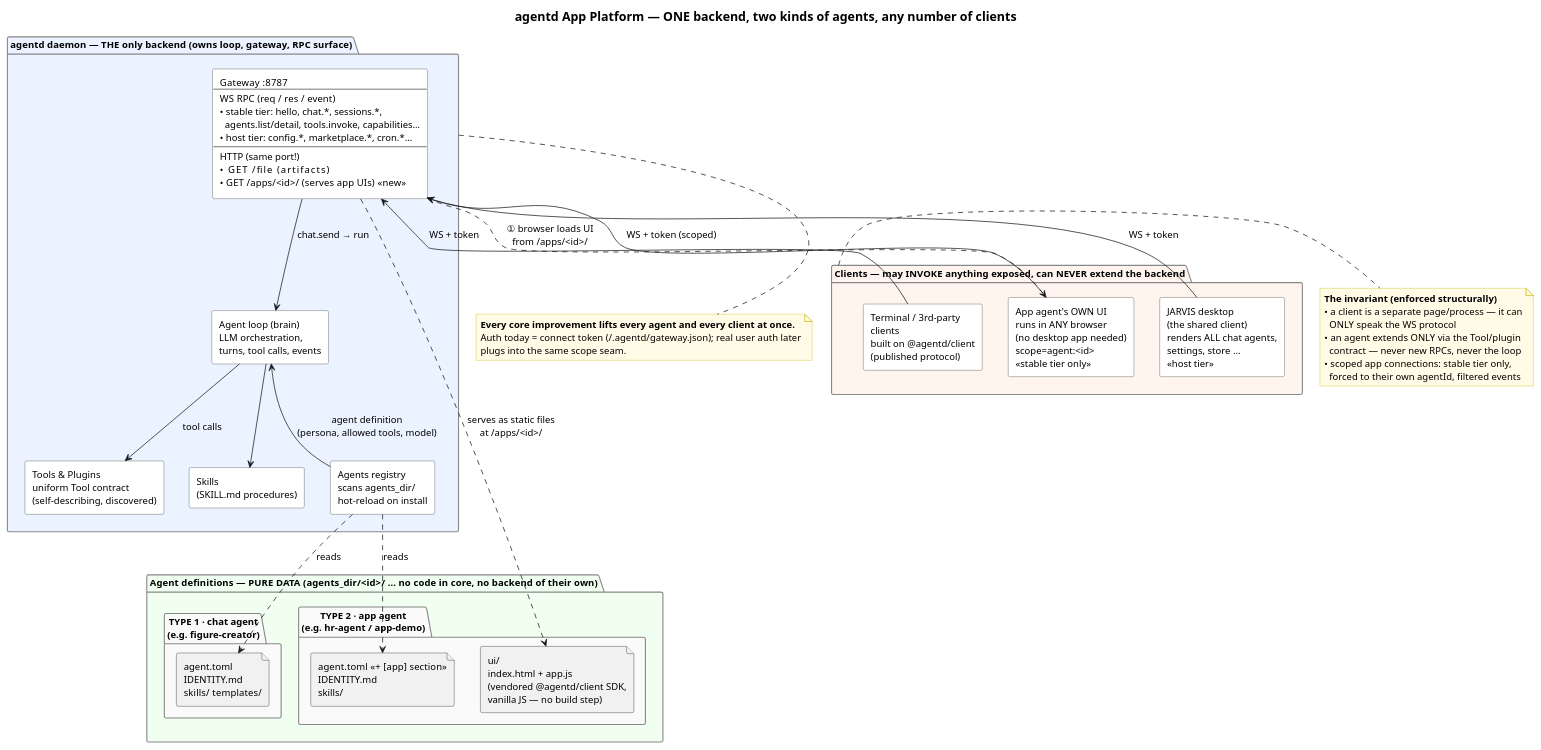
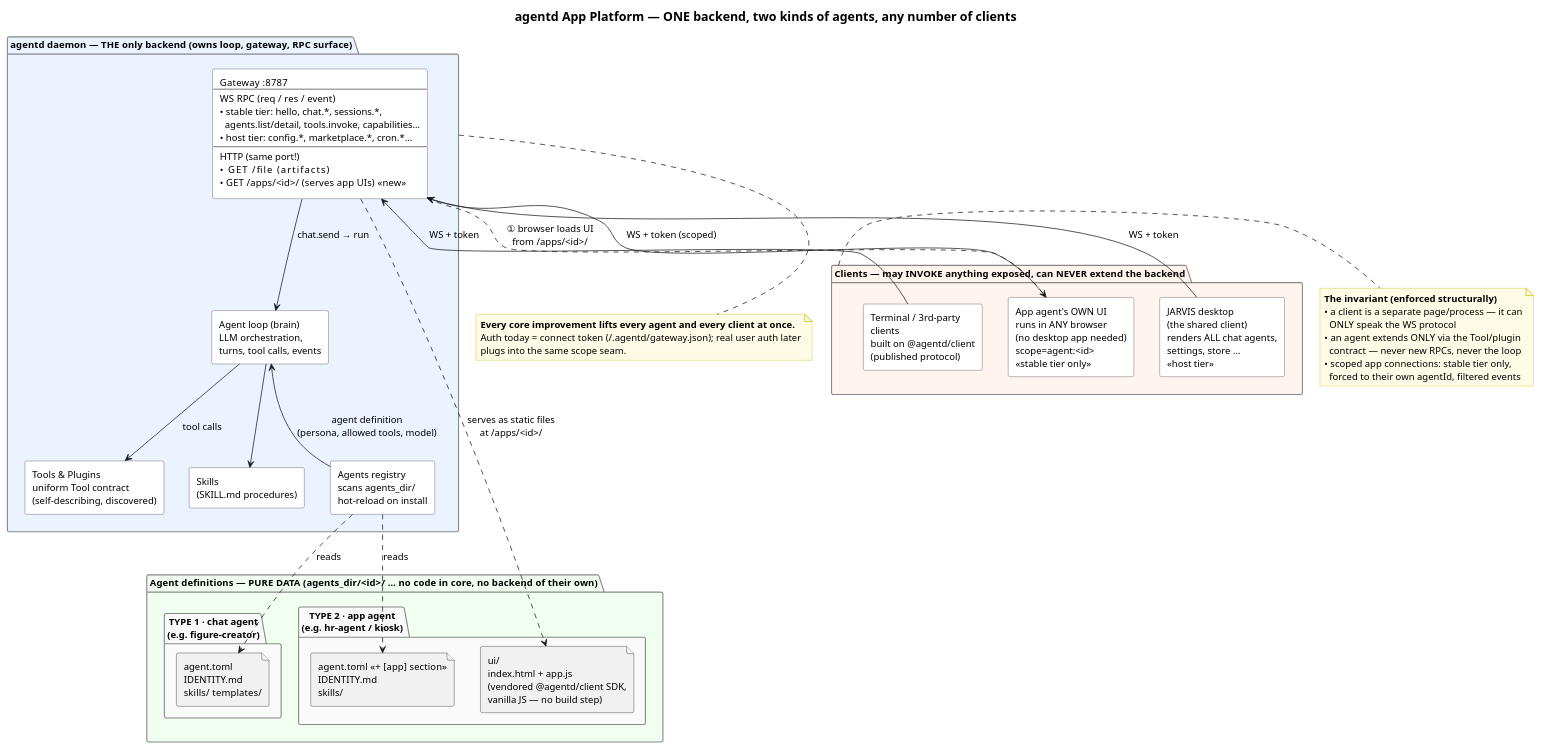
Before and after one commit to SaptarshiMazumder/pc-agent: the first of 3 diagrams in v2/planning/platform/diagrams/agent-apps-platform.puml, drawn with PlantUML. The commit also changed 44 other files, not shown here.

```diff
--- a/v2/planning/platform/diagrams/agent-apps-platform.puml
+++ b/v2/planning/platform/diagrams/agent-apps-platform.puml
@@ -1,78 +1,78 @@
 @startuml agent-apps-architecture
 title agentd App Platform — ONE backend, two kinds of agents, any number of clients
 
 skinparam shadowing false
 skinparam componentStyle rectangle
 skinparam defaultFontName Segoe UI
 skinparam defaultFontSize 13
 skinparam TitleFontSize 17
 skinparam rectangle {
   BackgroundColor White
   BorderColor #444444
 }
 skinparam package {
   BackgroundColor #FAFAFA
   BorderColor #888888
 }
 skinparam note {
   BackgroundColor #FFFBE6
   BorderColor #C8B900
 }
 
 ' ============================ THE ONE BACKEND ============================
 package "agentd daemon  —  THE only backend (owns loop, gateway, RPC surface)" as CORE #EAF3FF {
   rectangle "Gateway  :8787\n--\nWS RPC  (req / res / event)\n• stable tier: hello, chat.*, sessions.*,\n  agents.list/detail, tools.invoke, capabilities…\n• host tier: config.*, marketplace.*, cron.*…\n--\nHTTP (same port!)\n• GET /file          (artifacts)\n• GET /apps/<id>/  (serves app UIs)  «new»" as GW
   rectangle "Agent loop (brain)\nLLM orchestration,\nturns, tool calls, events" as LOOP
   rectangle "Tools & Plugins\nuniform Tool contract\n(self-describing, discovered)" as TOOLS
   rectangle "Skills\n(SKILL.md procedures)" as SKILLS
   rectangle "Agents registry\nscans agents_dir/\nhot-reload on install" as REG
 }
 
 GW -down-> LOOP : chat.send → run
 LOOP -down-> TOOLS : tool calls
 LOOP -down-> SKILLS
 REG -up-> LOOP : agent definition\n(persona, allowed tools, model)
 
 ' ============================ AGENTS = DATA ============================
 package "Agent definitions  —  PURE DATA  (agents_dir/<id>/ … no code in core, no backend of their own)" as DEFS #F0FFF0 {
   folder "TYPE 1 · chat agent\n(e.g. figure-creator)" as T1 {
     file "agent.toml\nIDENTITY.md\nskills/  templates/" as T1F
   }
-  folder "TYPE 2 · app agent\n(e.g. hr-agent / app-demo)" as T2 {
+  folder "TYPE 2 · app agent\n(e.g. hr-agent / kiosk)" as T2 {
     file "agent.toml  «+ [app] section»\nIDENTITY.md\nskills/" as T2F
     file "ui/\nindex.html + app.js\n(vendored @agentd/client SDK,\nvanilla JS — no build step)" as T2UI
   }
 }
 
 REG .down.> T1F : reads
 REG .down.> T2F : reads
 GW .down.> T2UI : serves as static files\nat /apps/<id>/
 
 ' ============================ CLIENTS ============================
 package "Clients  —  may INVOKE anything exposed, can NEVER extend the backend" as CLIENTS #FFF5EE {
   rectangle "JARVIS desktop\n(the shared client)\nrenders ALL chat agents,\nsettings, store …\n«host tier»" as JARVIS
   rectangle "App agent's OWN UI\nruns in ANY browser\n(no desktop app needed)\nscope=agent:<id>\n«stable tier only»" as APPUI
   rectangle "Terminal / 3rd-party\nclients\nbuilt on @agentd/client\n(published protocol)" as OTHER
 }
 
 JARVIS -up-> GW : WS + token
 APPUI -up-> GW : WS + token (scoped)
 OTHER -up-> GW : WS + token
 GW .down.> APPUI : ① browser loads UI\nfrom /apps/<id>/
 
 note right of CLIENTS
   **The invariant (enforced structurally)**
   • a client is a separate page/process — it can
     ONLY speak the WS protocol
   • an agent extends ONLY via the Tool/plugin
     contract — never new RPCs, never the loop
   • scoped app connections: stable tier only,
     forced to their own agentId, filtered events
 end note
 
 note bottom of CORE
   **Every core improvement lifts every agent and every client at once.**
   Auth today = connect token (~/.agentd/gateway.json); real user auth later
   plugs into the same scope seam.
 end note
 @enduml
```
